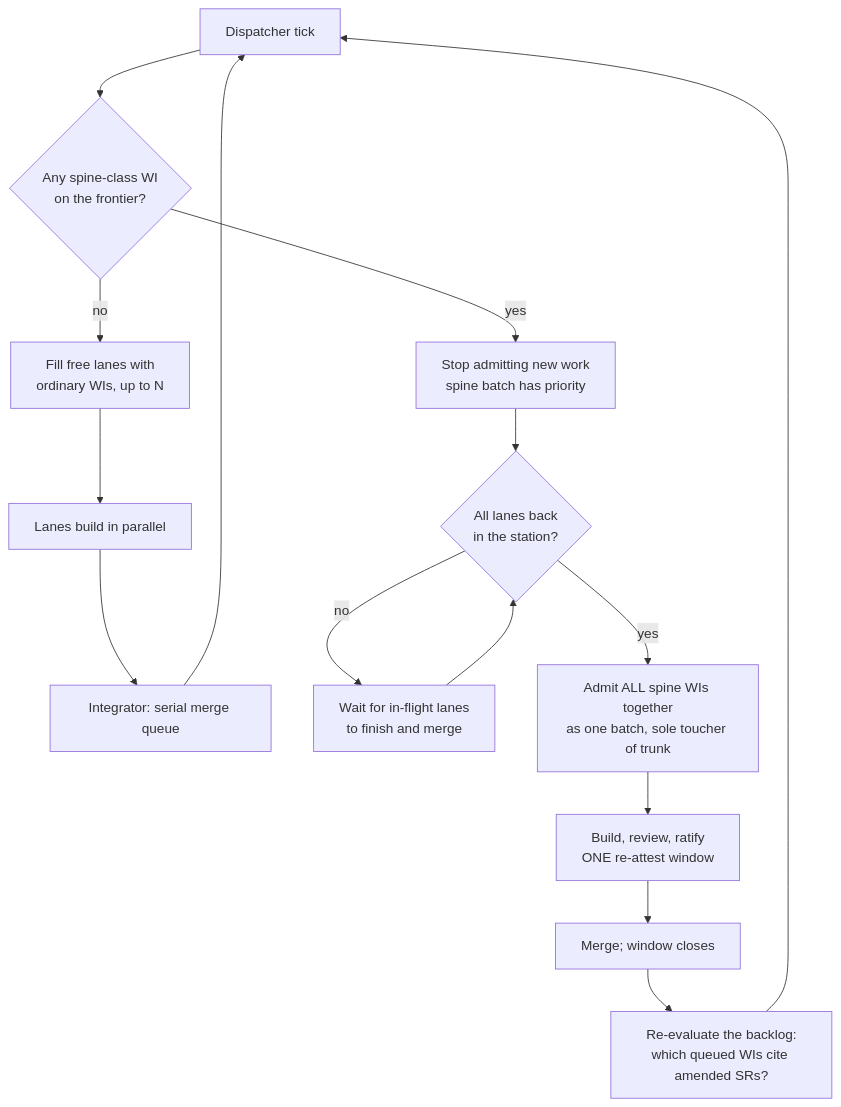
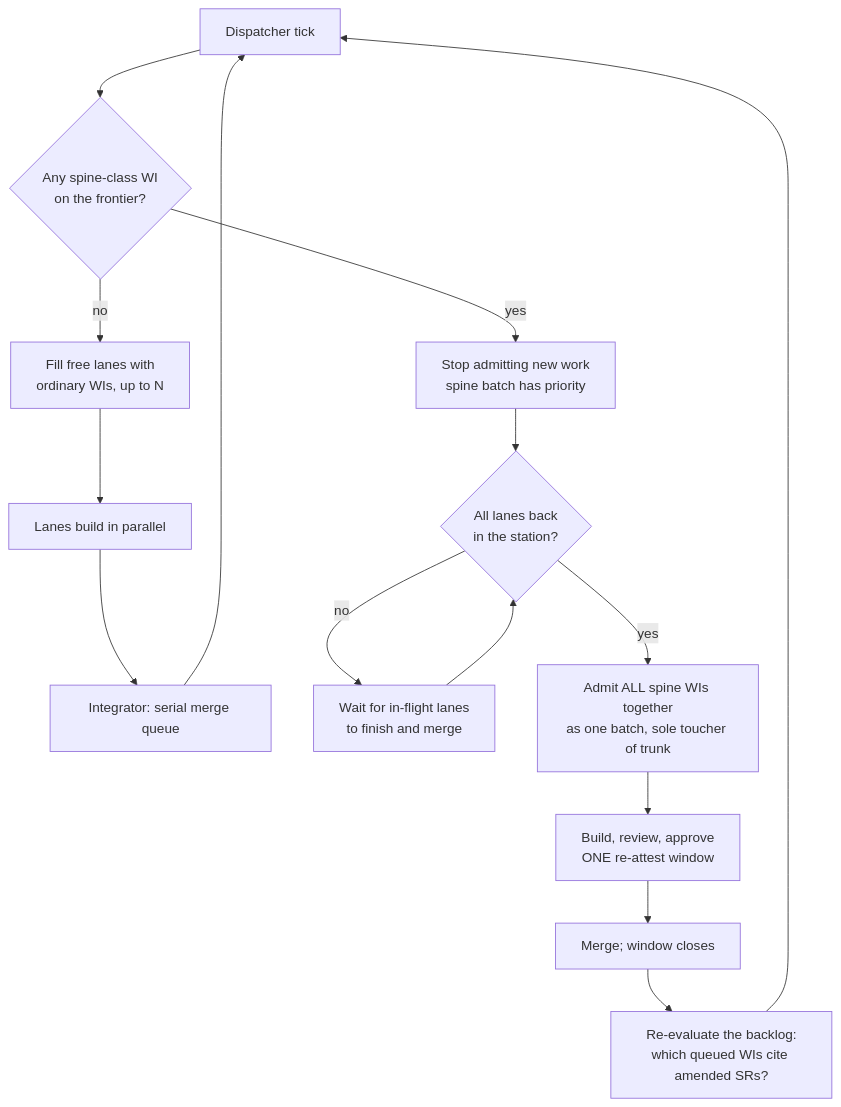
Before and after one commit to diytechy/ai-template: the third of 3 diagrams in docs/concurrency-v2.md, drawn with Mermaid. The commit also changed other lines of this file and 157 other files, not shown here.

````diff
--- a/docs/concurrency-v2.md
+++ b/docs/concurrency-v2.md
@@ -463,18 +463,18 @@
 ```mermaid
 flowchart TD
     A[Dispatcher tick] --> B{Any spine-class WI<br/>on the frontier?}
     B -- no --> C[Fill free lanes with<br/>ordinary WIs, up to N]
     C --> D[Lanes build in parallel]
     D --> E[Integrator: serial merge queue]
     E --> A
 
     B -- yes --> F[Stop admitting new work<br/>spine batch has priority]
     F --> G{All lanes back<br/>in the station?}
     G -- no --> H[Wait for in-flight lanes<br/>to finish and merge]
     H --> G
     G -- yes --> I[Admit ALL spine WIs together<br/>as one batch, sole toucher of trunk]
-    I --> J[Build, review, ratify<br/>ONE re-attest window]
+    I --> J[Build, review, approve<br/>ONE re-attest window]
     J --> K[Merge; window closes]
     K --> L[Re-evaluate the backlog:<br/>which queued WIs cite amended SRs?]
     L --> A
 ```
````
